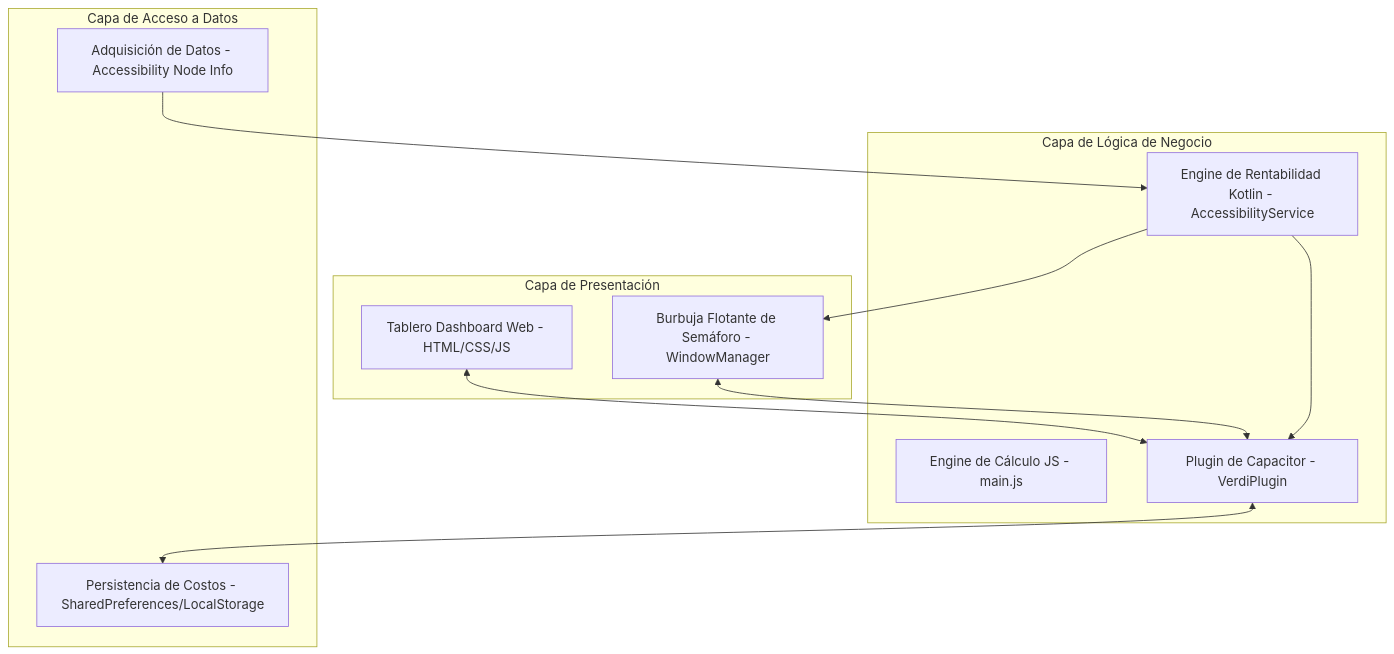
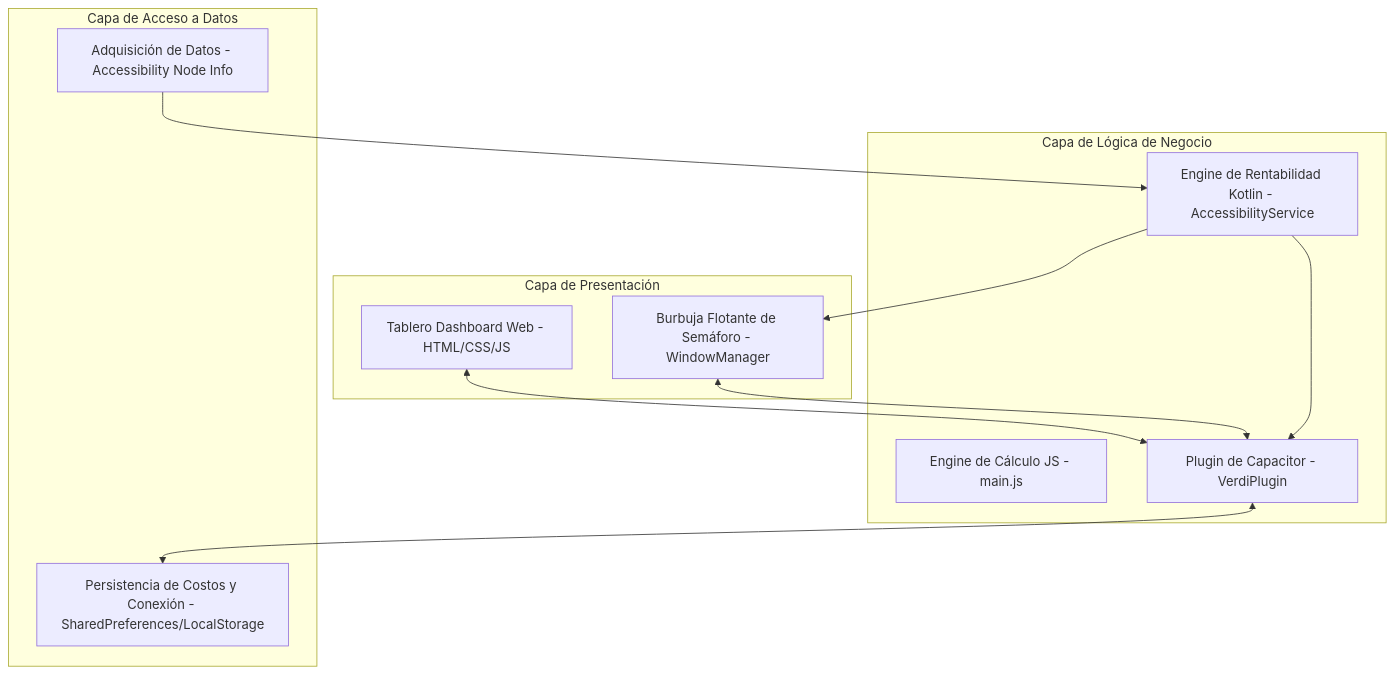
Before and after one commit to JorgeFreire95/Verdi: the first of 2 diagrams in README.md, drawn with Mermaid. The commit also changed other lines of this file and 11 other files, not shown here.

````diff
--- a/README.md
+++ b/README.md
@@ -11,25 +11,25 @@
 ```mermaid
 graph TD
     subgraph Capa de Presentación
         UI[Tablero Dashboard Web - HTML/CSS/JS]
         Bubble[Burbuja Flotante de Semáforo - WindowManager]
     end
     
     subgraph Capa de Lógica de Negocio
         MathJS[Engine de Cálculo JS - main.js]
         MathKT[Engine de Rentabilidad Kotlin - AccessibilityService]
         Bridge[Plugin de Capacitor - VerdiPlugin]
     end
     
     subgraph Capa de Acceso a Datos
-        Prefs[Persistencia de Costos - SharedPreferences/LocalStorage]
+        Prefs[Persistencia de Costos y Conexión - SharedPreferences/LocalStorage]
         ScreenReader[Adquisición de Datos - Accessibility Node Info]
     end
     
     UI <--> Bridge
     Bubble <--> Bridge
     Bridge <--> Prefs
     ScreenReader --> MathKT
     MathKT --> Bubble
     MathKT --> Bridge
 ```
````
